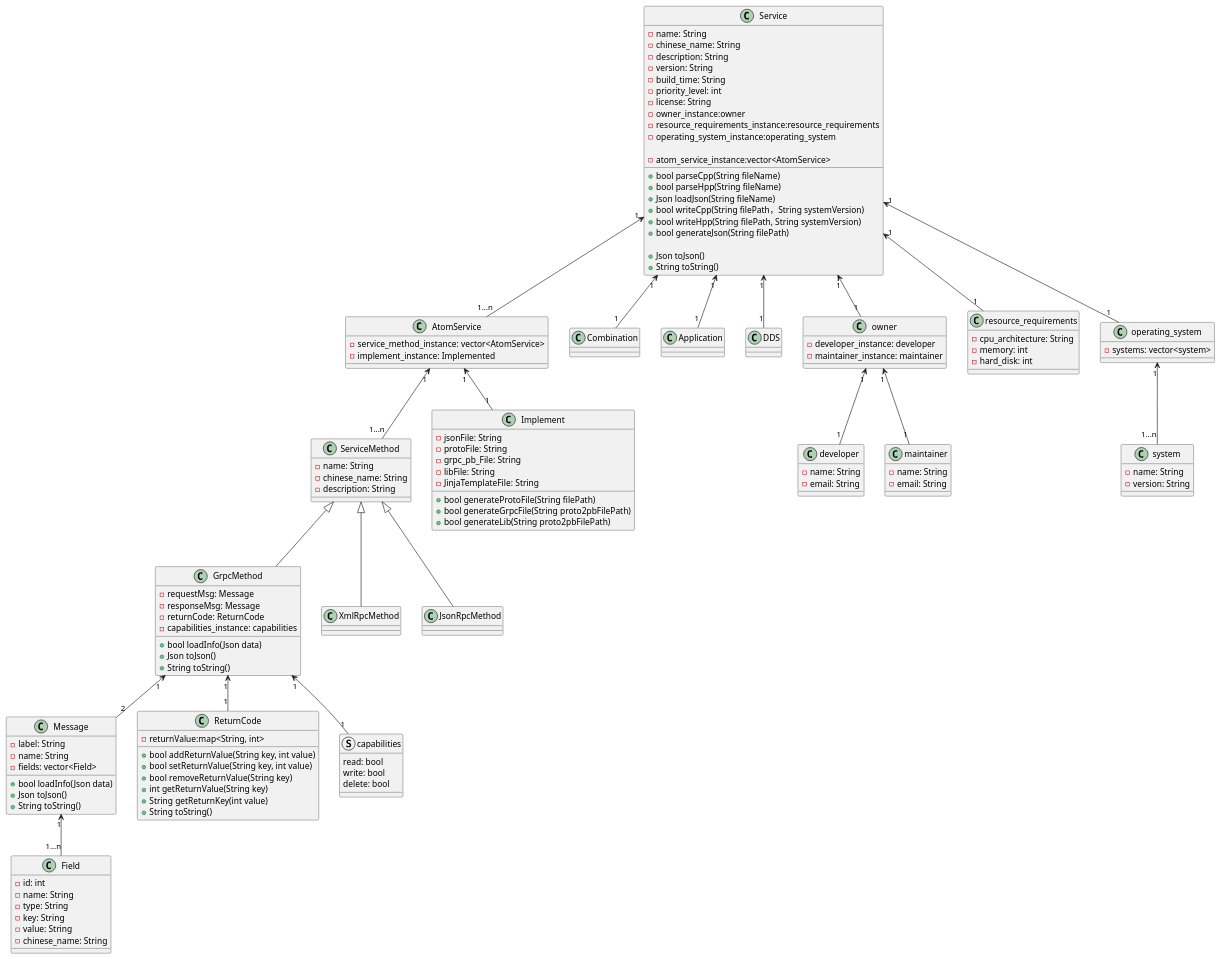
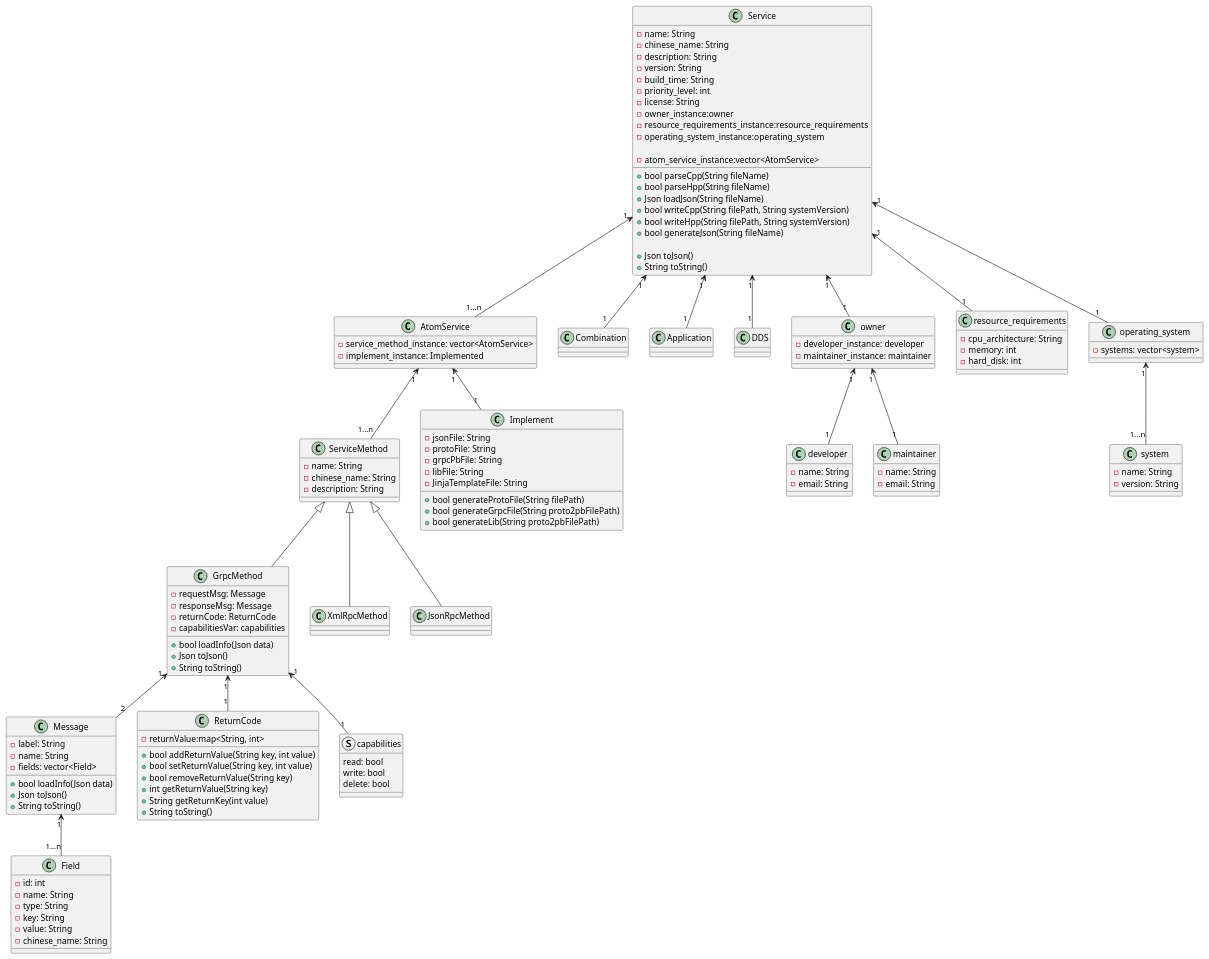
One commit to yi-shui-a/grpc-service-auto changed the diagram in uml.puml. Above: the diagram before and after it, drawn with PlantUML.

Commit message:
add puml file

```diff
--- a/uml.puml
+++ b/uml.puml
@@ -1,187 +1,185 @@
 @startuml
 'https://plantuml.com/class-diagram
 
 class Service
 class Message
 class ServiceMethod
 class GrpcMethod
 class XmlRpcMethod
 class JsonRpcMethod
 class ReturnCode
 class AtomService
 class Implement
 class Combination
 class Application
 class DDS
 
 
 
 AtomService "1"<--"1...n" ServiceMethod
 AtomService "1"<--"1" Implement
 
 GrpcMethod "1"<--"2" Message
 GrpcMethod "1"<--"1" ReturnCode
 
 Service "1"<--"1...n" AtomService
 Service "1"<--"1" Combination
 Service "1"<--"1" Application
 Service "1"<--"1" DDS
 
 
 ServiceMethod <|-- GrpcMethod
 ServiceMethod <|-- XmlRpcMethod
 ServiceMethod <|-- JsonRpcMethod
 
 
 class owner {
 	-developer_instance: developer
 	-maintainer_instance: maintainer
 }
 
 class developer {
 		-name: String
 		-email: String
 }
 
 class maintainer {
 		-name: String
 		-email: String
 }
 
 
 class resource_requirements {
     -cpu_architecture: String
     -memory: int
     -hard_disk: int
 }
 
 class system {
     -name: String
     -version: String
 }
 
 class operating_system {
     -systems: vector<system>
 }
 
 
 'Service "1"<--"1" developer
 'Service "1"<--"1" maintainer
 Service "1"<--"1" owner
 owner "1"<--"1" developer
 owner "1"<--"1" maintainer
 Service "1"<--"1" resource_requirements
 Service "1"<--"1" operating_system
 operating_system "1"<--"1...n" system
 
 
 
 
 class Service {
     -name: String
     -chinese_name: String
     -description: String
     -version: String
     -build_time: String
     -priority_level: int
     -license: String
     -owner_instance:owner
     -resource_requirements_instance:resource_requirements
     -operating_system_instance:operating_system
 
     -atom_service_instance:vector<AtomService>
 
-
-
     '+String loadFile(String filePath)
     +bool parseCpp(String fileName)
     +bool parseHpp(String fileName)
     +Json loadJson(String fileName)
-    +bool writeCpp(String filePath，String systemVersion)
+    +bool writeCpp(String filePath, String systemVersion)
     +bool writeHpp(String filePath, String systemVersion)
-    +bool generateJson(String filePath)
+    +bool generateJson(String fileName)
 
     +Json toJson()
     +String toString()
 }
 class AtomService{
     -service_method_instance: vector<AtomService>
     -implement_instance: Implemented
 }
 class Implement {
     -jsonFile: String
     -protoFile: String
-    -grpc_pb_File: String
+    -grpcPbFile: String
     -libFile: String
     -JinjaTemplateFile: String
 
     +bool generateProtoFile(String filePath)
     +bool generateGrpcFile(String proto2pbFilePath)
     +bool generateLib(String proto2pbFilePath)
 }
 
 
 
 struct capabilities {
     read: bool
     write: bool
     delete: bool
 }
 
 GrpcMethod "1"<--"1" capabilities
 
 class ServiceMethod {
     -name: String
     -chinese_name: String
     -description: String
 }
 
 
 class GrpcMethod {
 
     -requestMsg: Message
     -responseMsg: Message
     -returnCode: ReturnCode
-    -capabilities_instance: capabilities
+    -capabilitiesVar: capabilities
 
     +bool loadInfo(Json data)
     +Json toJson()
     +String toString()
 }
 
 class ReturnCode {
     -returnValue:map<String, int>
 
     +bool addReturnValue(String key, int value)
     +bool setReturnValue(String key, int value)
     +bool removeReturnValue(String key)
     +int getReturnValue(String key)
     +String getReturnKey(int value)
 		+String toString()
 }
 
 class Field {
     -id: int
     -name: String
     -type: String
     -key: String
     -value: String
     -chinese_name: String
 }
 
 Message "1"<--"1...n" Field
 
 class Message {
     -label: String
     -name: String
     -fields: vector<Field>
 
     +bool loadInfo(Json data)
     +Json toJson()
     +String toString()
 }
 
 
 
 
 @enduml
```
